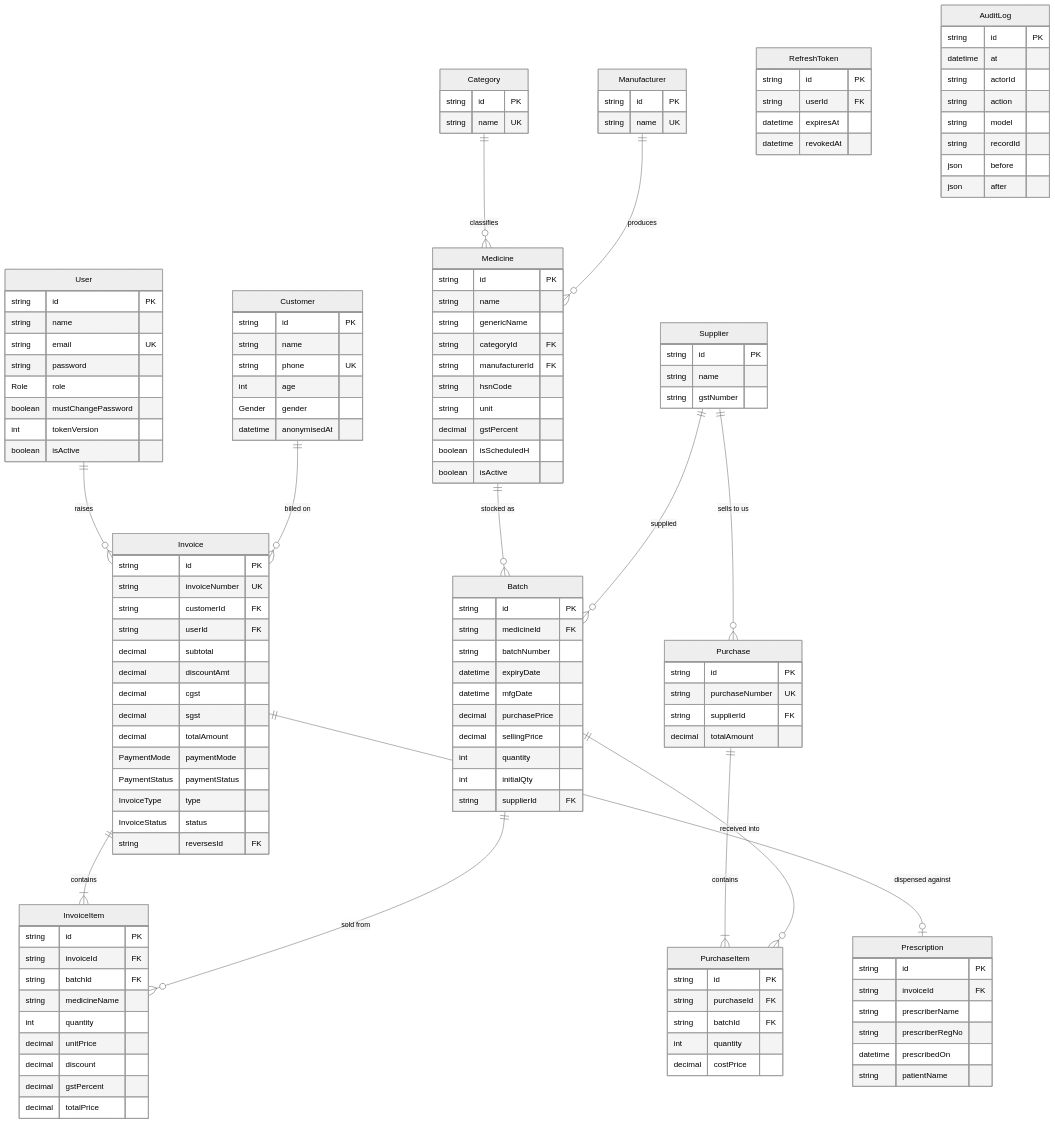
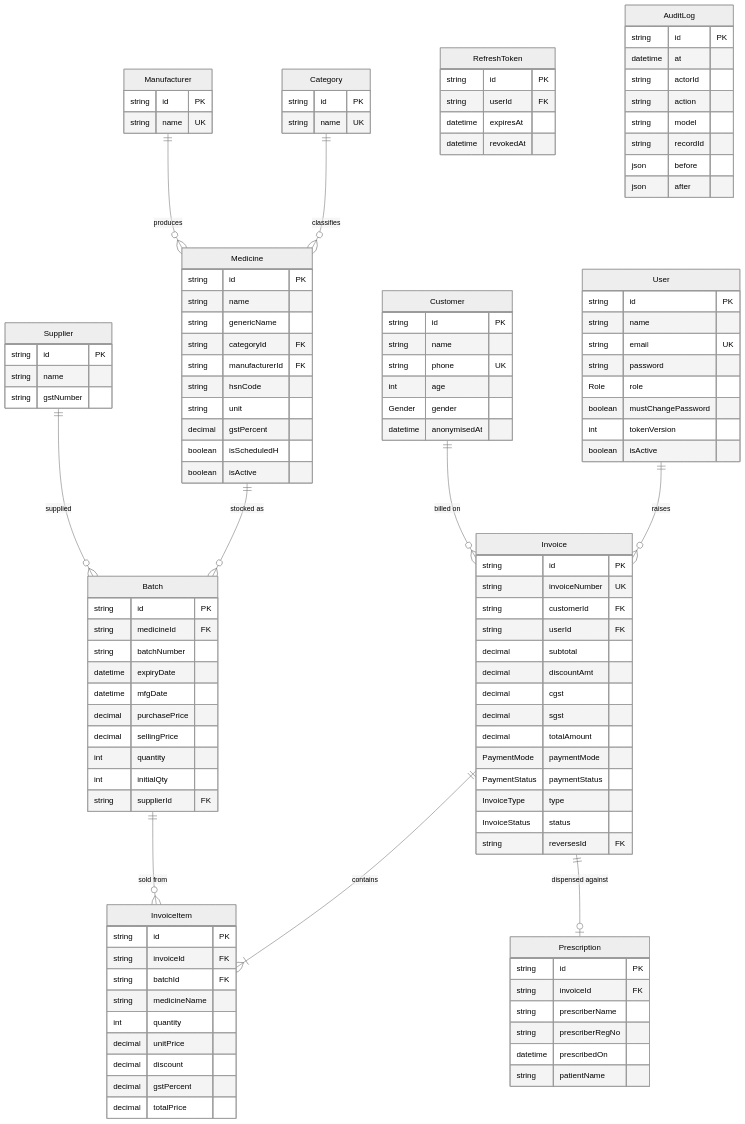
Before and after one commit to adarsh0707-kumar/medical-billing: the diagram in docs/03-data-model.md, drawn with Mermaid (neutral theme). The commit also changed other lines of this file and 7 other files, not shown here.

```diff
--- a/docs/03-data-model.md
+++ b/docs/03-data-model.md
@@ -15,13 +15,10 @@
     Manufacturer ||--o{ Medicine : "produces"
     Medicine ||--o{ Batch : "stocked as"
     Supplier ||--o{ Batch : "supplied"
-    Supplier ||--o{ Purchase : "sells to us"
     Customer ||--o{ Invoice : "billed on"
     Invoice ||--|{ InvoiceItem : "contains"
     Invoice ||--o| Prescription : "dispensed against"
     Batch ||--o{ InvoiceItem : "sold from"
-    Purchase ||--|{ PurchaseItem : "contains"
-    Batch ||--o{ PurchaseItem : "received into"
 
     User {
         string id PK
@@ -105,19 +102,6 @@
         decimal gstPercent
         decimal totalPrice
     }
-    Purchase {
-        string id PK
-        string purchaseNumber UK
-        string supplierId FK
-        decimal totalAmount
-    }
-    PurchaseItem {
-        string id PK
-        string purchaseId FK
-        string batchId FK
-        int quantity
-        decimal costPrice
-    }
     RefreshToken {
         string id PK
         string userId FK
```
